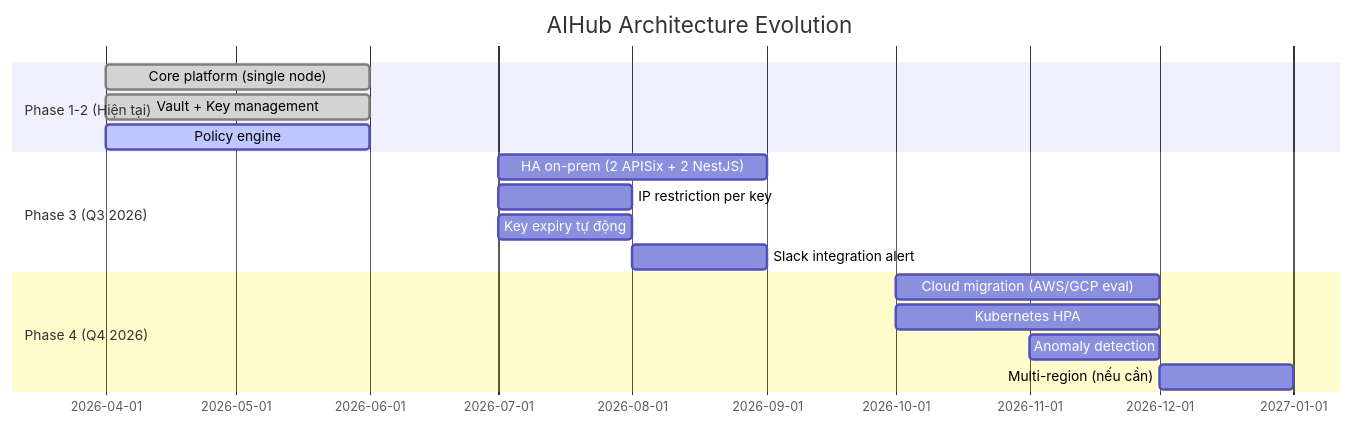
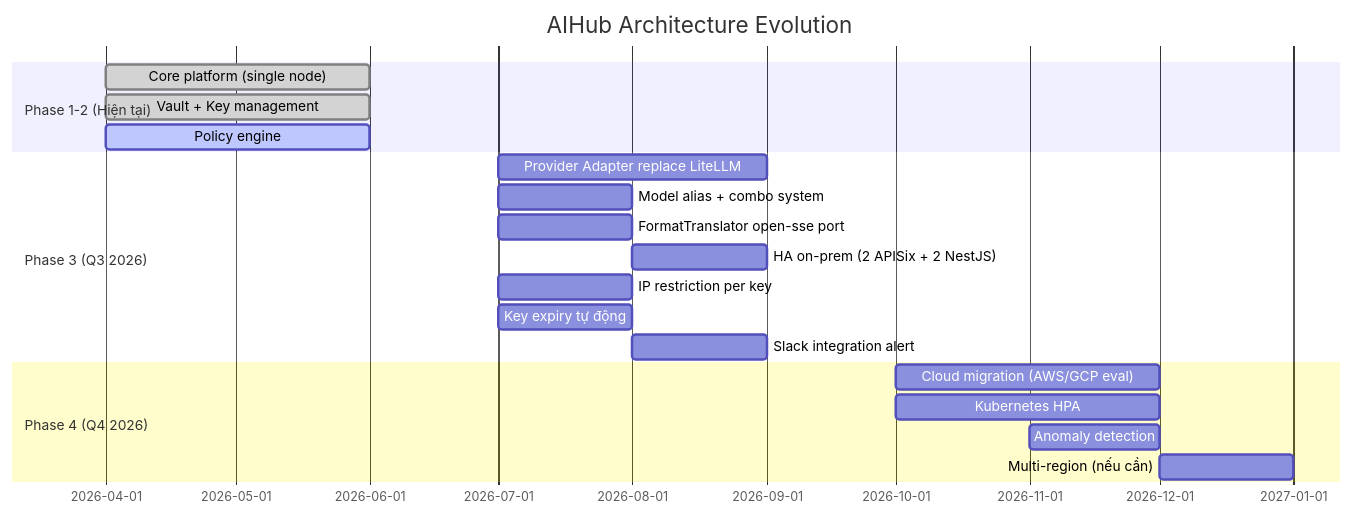
Before and after one commit to haodv98/AI-Hub: diagram 15 of 15 in docs/system-architecture.md, drawn with Mermaid. The commit also changed other lines of this file and 25 other files, not shown here.

Commit message:
feat: improve provider adapter

````diff
--- a/docs/system-architecture.md
+++ b/docs/system-architecture.md
@@ -529,21 +597,24 @@
 ```mermaid
 gantt
     title AIHub Architecture Evolution
     dateFormat  YYYY-MM
     section Phase 1-2 (Hiện tại)
     Core platform (single node)    :done, 2026-04, 2026-06
     Vault + Key management         :done, 2026-04, 2026-06
     Policy engine                  :active, 2026-04, 2026-06
 
     section Phase 3 (Q3 2026)
-    HA on-prem (2 APISix + 2 NestJS)   :2026-07, 2026-09
+    Provider Adapter replace LiteLLM   :2026-07, 2026-09
+    Model alias + combo system         :2026-07, 2026-08
+    FormatTranslator open-sse port     :2026-07, 2026-08
+    HA on-prem (2 APISix + 2 NestJS)   :2026-08, 2026-09
     IP restriction per key             :2026-07, 2026-08
     Key expiry tự động                 :2026-07, 2026-08
     Slack integration alert            :2026-08, 2026-09
 
     section Phase 4 (Q4 2026)
     Cloud migration (AWS/GCP eval)     :2026-10, 2026-12
     Kubernetes HPA                     :2026-10, 2026-12
     Anomaly detection                  :2026-11, 2026-12
     Multi-region (nếu cần)             :2026-12, 2027-01
 ```
````
